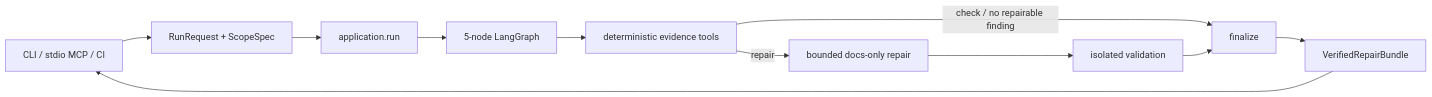
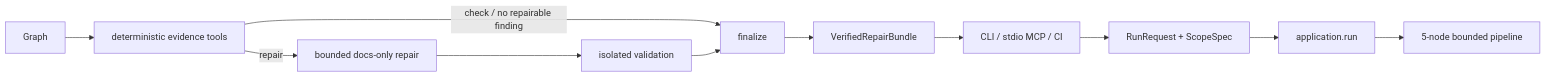
Before and after one commit to ocensis/doc-drift-agent: the diagram in docs/arch/README.md, drawn with Mermaid. The commit also changed other lines of this file and 10 other files, not shown here.

````diff
--- a/docs/arch/README.md
+++ b/docs/arch/README.md
@@ -30,13 +30,13 @@
 ```mermaid
 flowchart LR
     Caller["CLI / stdio MCP / CI"] --> Request["RunRequest + ScopeSpec"]
     Request --> App["application.run"]
-    App --> Graph["5-node LangGraph"]
+    App --> Pipeline["5-node bounded pipeline"]
     Graph --> Evidence["deterministic evidence tools"]
     Evidence -->|"check / no repairable finding"| Finalize["finalize"]
     Evidence -->|"repair"| Repair["bounded docs-only repair"]
     Repair --> Validate["isolated validation"]
     Validate --> Finalize
     Finalize --> Bundle["VerifiedRepairBundle"]
     Bundle --> Caller
 ```
````
